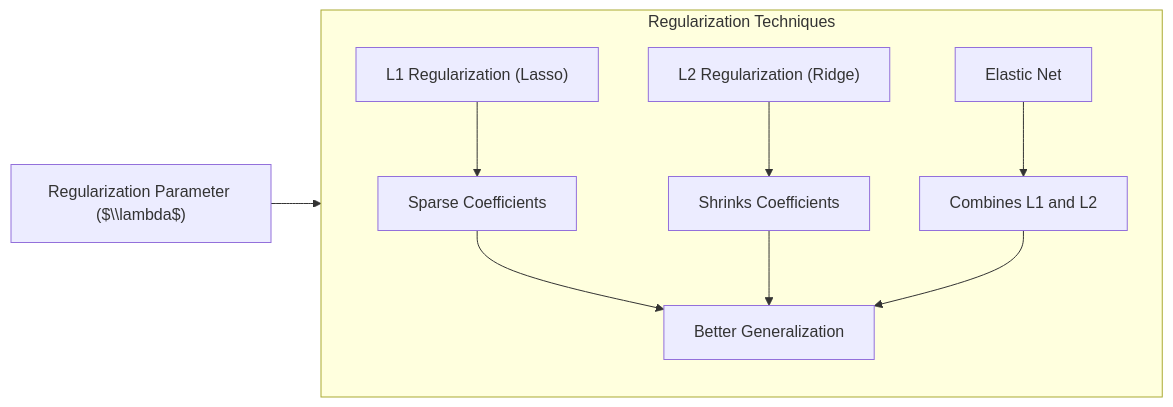
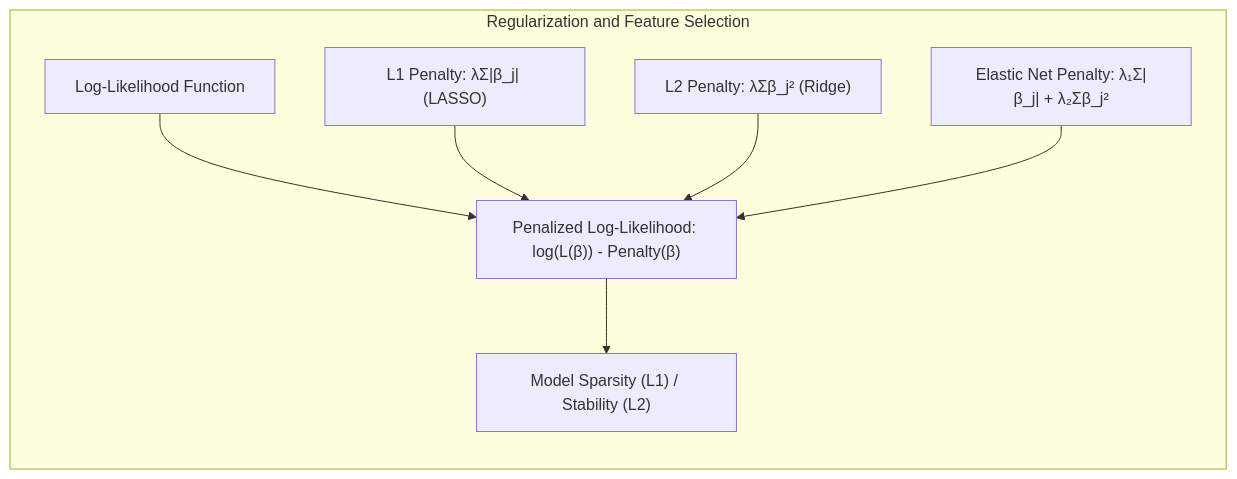
One commit to diegomrodrigues/statistical_learning_notes changed the fourth of 6 diagrams in 03. Additive Models/01. Generalized Additive Models/03. Generalized Linear Models.md. Above: the diagram before and after it, drawn with Mermaid. The commit also changed other lines of this file and 228 other files, not shown here.

````diff
--- a/03. Additive Models/01. Generalized Additive Models/03. Generalized Linear Models.md
+++ b/03. Additive Models/01. Generalized Additive Models/03. Generalized Linear Models.md
@@ -225,13 +204,16 @@
 ```mermaid
 graph LR
-    subgraph "Regularization Techniques"
-    direction TB
-    A["L1 Regularization (Lasso)"] --> B["Sparse Coefficients"]
-    C["L2 Regularization (Ridge)"] --> D["Shrinks Coefficients"]
-    E["Elastic Net"] --> F["Combines L1 and L2"]
-    B --> G["Better Generalization"]
-    D --> G
-    F --> G
-     end
-     H["Regularization Parameter ($\\lambda$)"] --> G
+    subgraph "Regularization and Feature Selection"
+        direction TB
+        A["Log-Likelihood Function"]
+        B["L1 Penalty: λΣ|β_j| (LASSO)"]
+        C["L2 Penalty: λΣβ_j² (Ridge)"]
+        D["Elastic Net Penalty: λ₁Σ|β_j| + λ₂Σβ_j²"]
+        E["Penalized Log-Likelihood: log(L(β)) - Penalty(β)"]
+        A --> E
+        B --> E
+        C --> E
+        D --> E
+        E --> F["Model Sparsity (L1) / Stability (L2)"]
+    end
 ```
````
